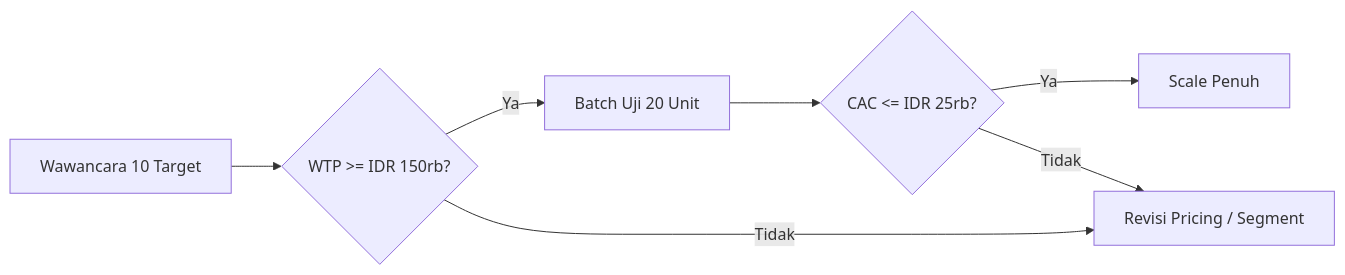
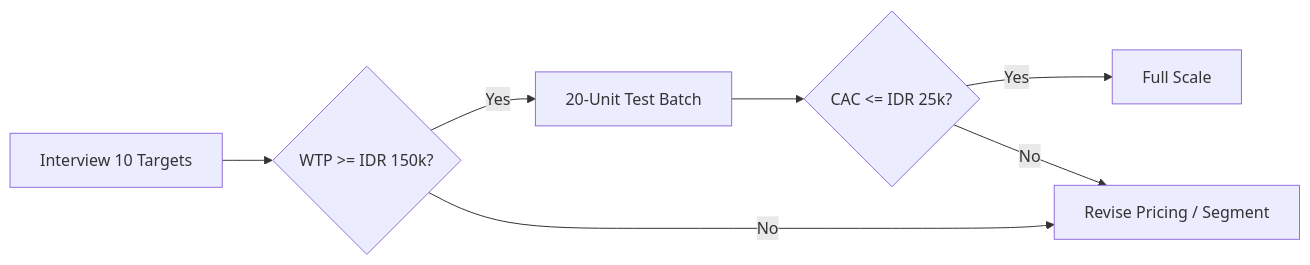
The diagram in examples/sample-report/sample-executive-report.md (AlulCode45/IdeaForge), drawn with Mermaid before and after one commit. The commit also changed other lines of this file and 21 other files, not shown here.

Commit message:
docs: translate sample reports and charts to English with --lang en PDF support

````diff
--- a/examples/sample-report/sample-executive-report.md
+++ b/examples/sample-report/sample-executive-report.md
@@ -18,9 +25,9 @@
 ```mermaid
 flowchart LR
-    A[Wawancara 10 Target] --> B{WTP >= IDR 150rb?}
-    B -- Ya --> C[Batch Uji 20 Unit]
-    B -- Tidak --> D[Revisi Pricing / Segment]
-    C --> E{CAC <= IDR 25rb?}
-    E -- Ya --> F[Scale Penuh]
-    E -- Tidak --> D
+    A["Interview 10 Targets"] --> B{"WTP >= IDR 150k?"}
+    B -- "Yes" --> C["20-Unit Test Batch"]
+    B -- "No" --> D["Revise Pricing / Segment"]
+    C --> E{"CAC <= IDR 25k?"}
+    E -- "Yes" --> F["Full Scale"]
+    E -- "No" --> D
 ```
````
